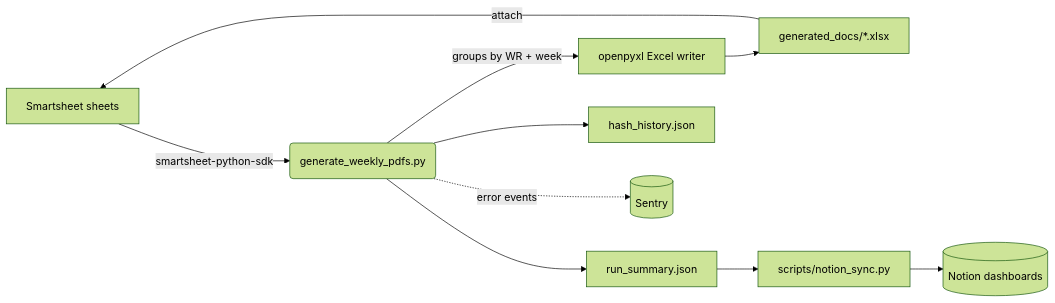
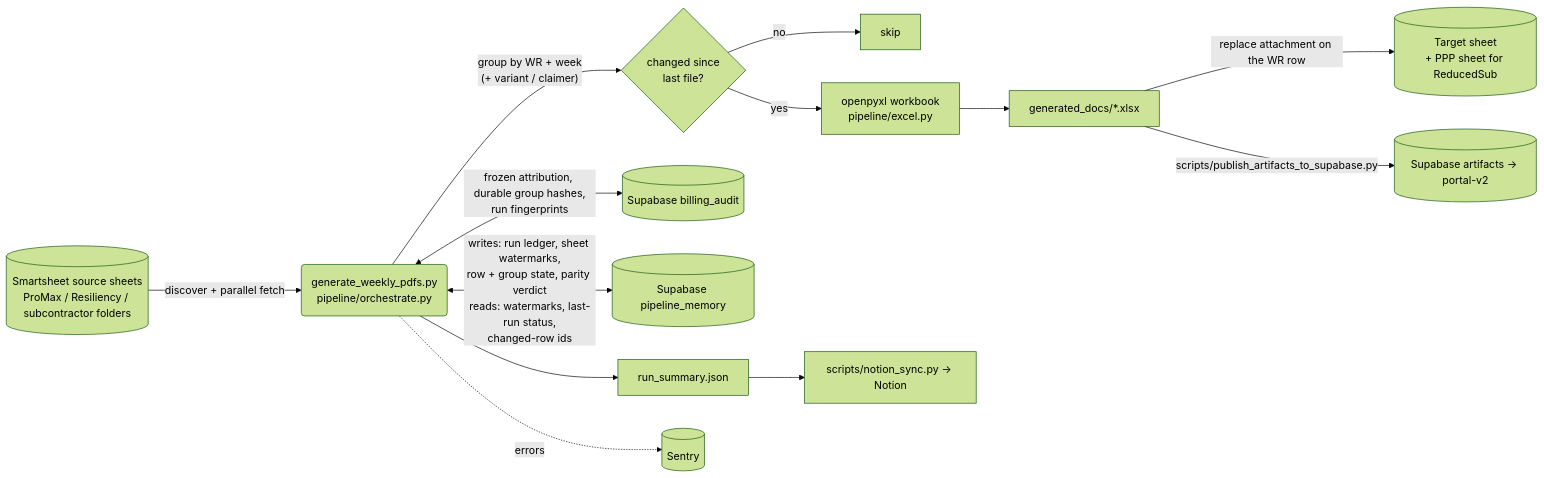
One commit to JFlo21/Generate-Weekly-PDFs-DSR-Resiliency changed the diagram in website/docs/runbook/overview.md. Above: the diagram before and after it, drawn with Mermaid (forest theme). The commit also changed other lines of this file and 8 other files, not shown here.

````diff
--- a/website/docs/runbook/overview.md
+++ b/website/docs/runbook/overview.md
@@ -15,12 +18,15 @@
 ```mermaid
 flowchart LR
-    A[Smartsheet sheets] -->|smartsheet-python-sdk| B(generate_weekly_pdfs.py)
-    B -->|groups by WR + week| C[openpyxl Excel writer]
-    C --> D[generated_docs/*.xlsx]
-    D -->|attach| A
-    B --> E[run_summary.json]
-    B --> F[hash_history.json]
-    E --> G[scripts/notion_sync.py]
-    G --> H[(Notion dashboards)]
-    B -.error events.-> I[(Sentry)]
+    A[(Smartsheet source sheets<br/>ProMax / Resiliency / subcontractor folders)] -->|discover + parallel fetch| B(generate_weekly_pdfs.py<br/>pipeline/orchestrate.py)
+    B -->|"group by WR + week<br/>(+ variant / claimer)"| C{changed since<br/>last file?}
+    C -- no --> S[skip]
+    C -- yes --> D[openpyxl workbook<br/>pipeline/excel.py]
+    D --> E[generated_docs/*.xlsx]
+    E -->|replace attachment on the WR row| T[(Target sheet<br/>+ PPP sheet for ReducedSub)]
+    B <-->|frozen attribution, durable group hashes,<br/>run fingerprints| BA[(Supabase billing_audit)]
+    B <-->|writes: run ledger, sheet watermarks,<br/>row + group state, parity verdict<br/>reads: watermarks, last-run status,<br/>changed-row ids| PM[(Supabase pipeline_memory)]
+    B --> R[run_summary.json]
+    R --> N[scripts/notion_sync.py → Notion]
+    E -->|scripts/publish_artifacts_to_supabase.py| PA[(Supabase artifacts → portal-v2)]
+    B -.errors.-> X[(Sentry)]
 ```
````
